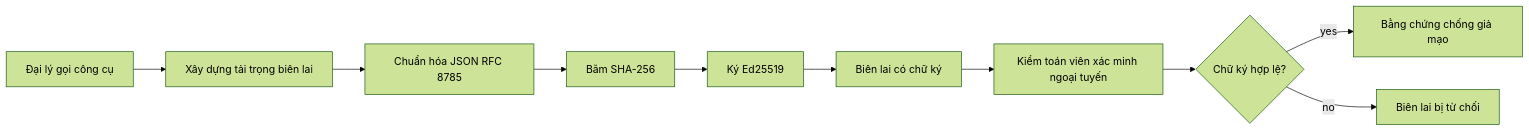
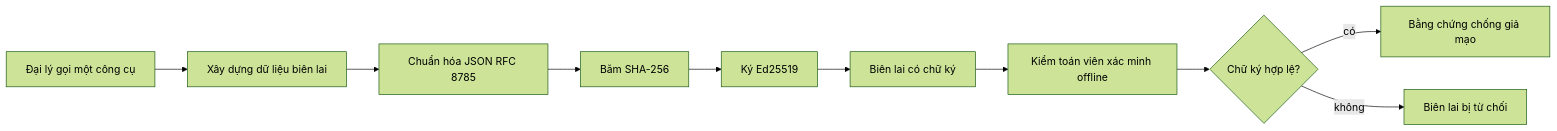
One commit to gabrielmoreira/agent-skills-mirror changed the first of 2 diagrams in mirrors/repos/microsoft@ai-agents-for-beginners/translations/vi/18-securing-ai-agents/README.md. Above: the diagram before and after it, drawn with Mermaid (forest theme). The commit also changed other lines of this file and 2285 other files, not shown here.

````diff
--- a/mirrors/repos/microsoft@ai-agents-for-beginners/translations/vi/18-securing-ai-agents/README.md
+++ b/mirrors/repos/microsoft@ai-agents-for-beginners/translations/vi/18-securing-ai-agents/README.md
@@ -51,12 +51,12 @@
 ```mermaid
 flowchart LR
-    A[Đại lý gọi công cụ] --> B[Xây dựng tải trọng biên lai]
+    A[Đại lý gọi một công cụ] --> B[Xây dựng dữ liệu biên lai]
     B --> C[Chuẩn hóa JSON RFC 8785]
     C --> D[Băm SHA-256]
     D --> E[Ký Ed25519]
     E --> F[Biên lai có chữ ký]
-    F --> G[Kiểm toán viên xác minh ngoại tuyến]
+    F --> G[Kiểm toán viên xác minh offline]
     G --> H{Chữ ký hợp lệ?}
-    H -- yes --> I[Bằng chứng chống giả mạo]
-    H -- no --> J[Biên lai bị từ chối]
+    H -- có --> I[Bằng chứng chống giả mạo]
+    H -- không --> J[Biên lai bị từ chối]
 ```
````
